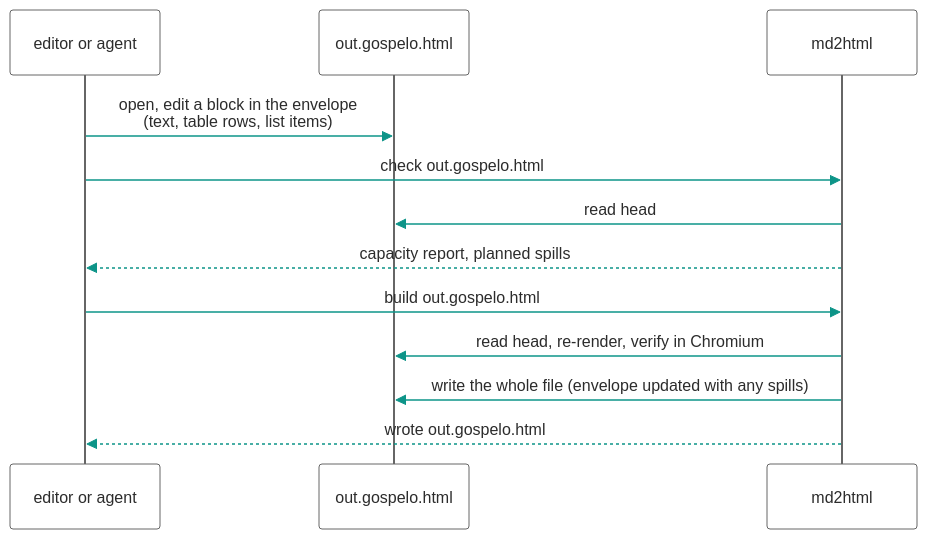
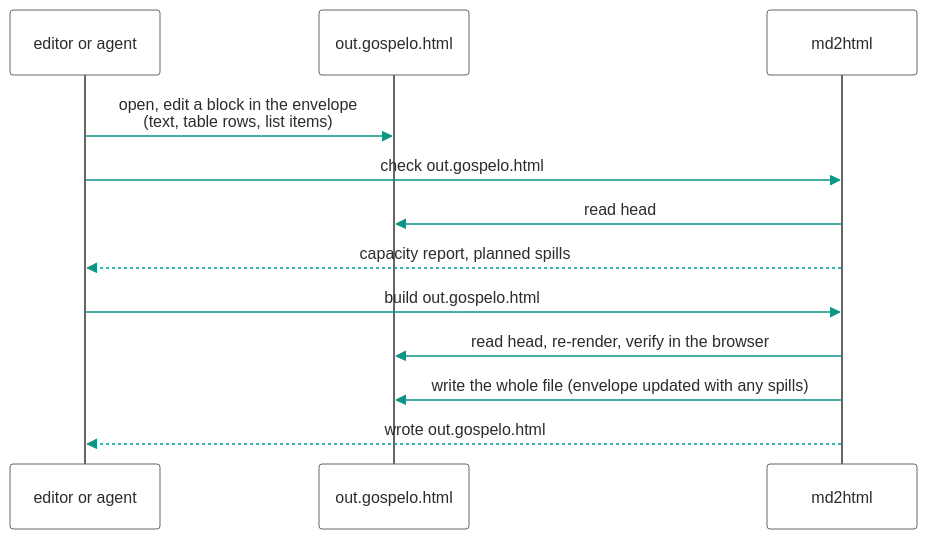
Before and after one commit to gospelo-dev/md2html: the fifth of 5 diagrams in docs/ARCHITECTURE.md, drawn with Mermaid. The commit also changed other lines of this file and 92 other files, not shown here.

````diff
--- a/docs/ARCHITECTURE.md
+++ b/docs/ARCHITECTURE.md
@@ -163,16 +163,16 @@
 ```mermaid
 %%{init: {'theme': 'base', 'themeVariables': {'actorBkg': '#FFFFFF', 'actorBorder': '#666666', 'actorTextColor': '#2C2C2C', 'signalColor': '#0D9488', 'signalTextColor': '#2C2C2C', 'noteBkgColor': '#F0FDFA', 'noteBorderColor': '#0D9488', 'noteTextColor': '#2C2C2C', 'activationBkgColor': '#F8FAFC', 'activationBorderColor': '#94A3B8', 'loopTextColor': '#2C2C2C', 'labelBoxBkgColor': '#F0FDFA', 'labelBoxBorderColor': '#0D9488', 'labelTextColor': '#2C2C2C'}}}%%
 sequenceDiagram
     participant A as editor or agent
     participant H as out.gospelo.html
     participant T as md2html
 
     A->>H: open, edit a block in the envelope<br/>(text, table rows, list items)
     A->>T: check out.gospelo.html
     T->>H: read head
     T-->>A: capacity report, planned spills
     A->>T: build out.gospelo.html
-    T->>H: read head, re-render, verify in Chromium
+    T->>H: read head, re-render, verify in the browser
     T->>H: write the whole file (envelope updated with any spills)
     T-->>A: wrote out.gospelo.html
 ```
````
